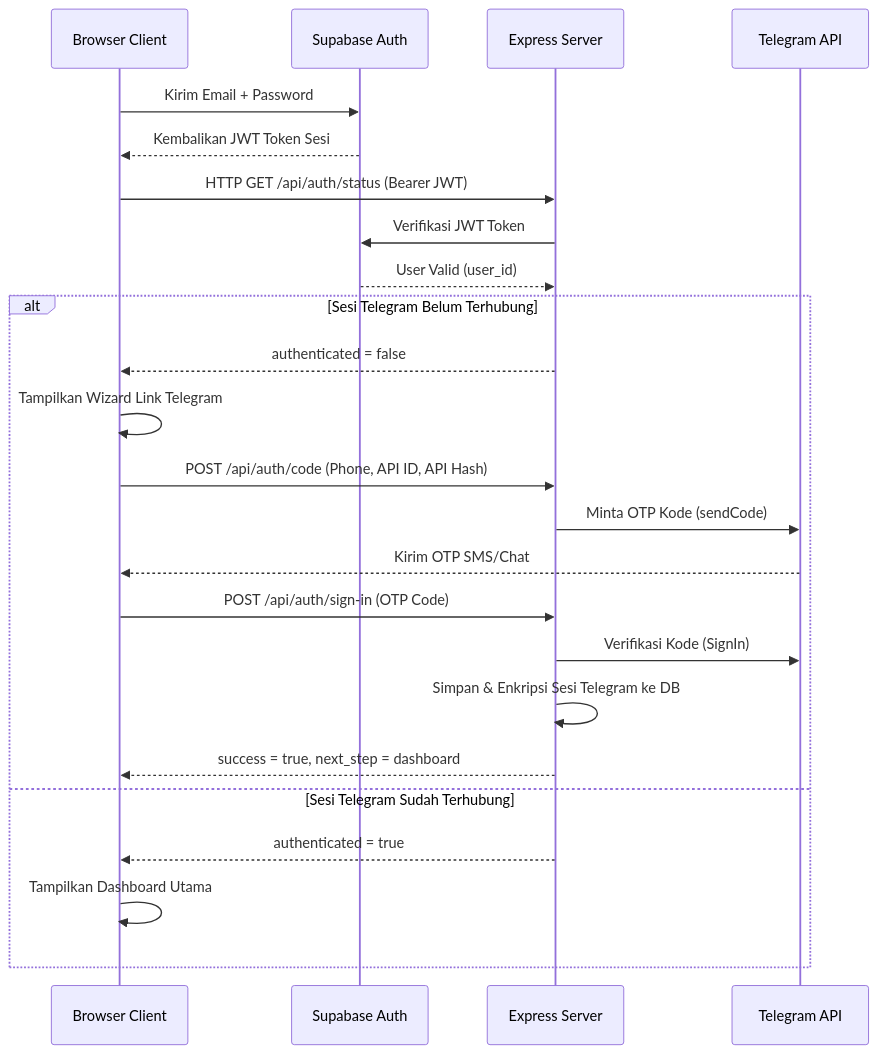
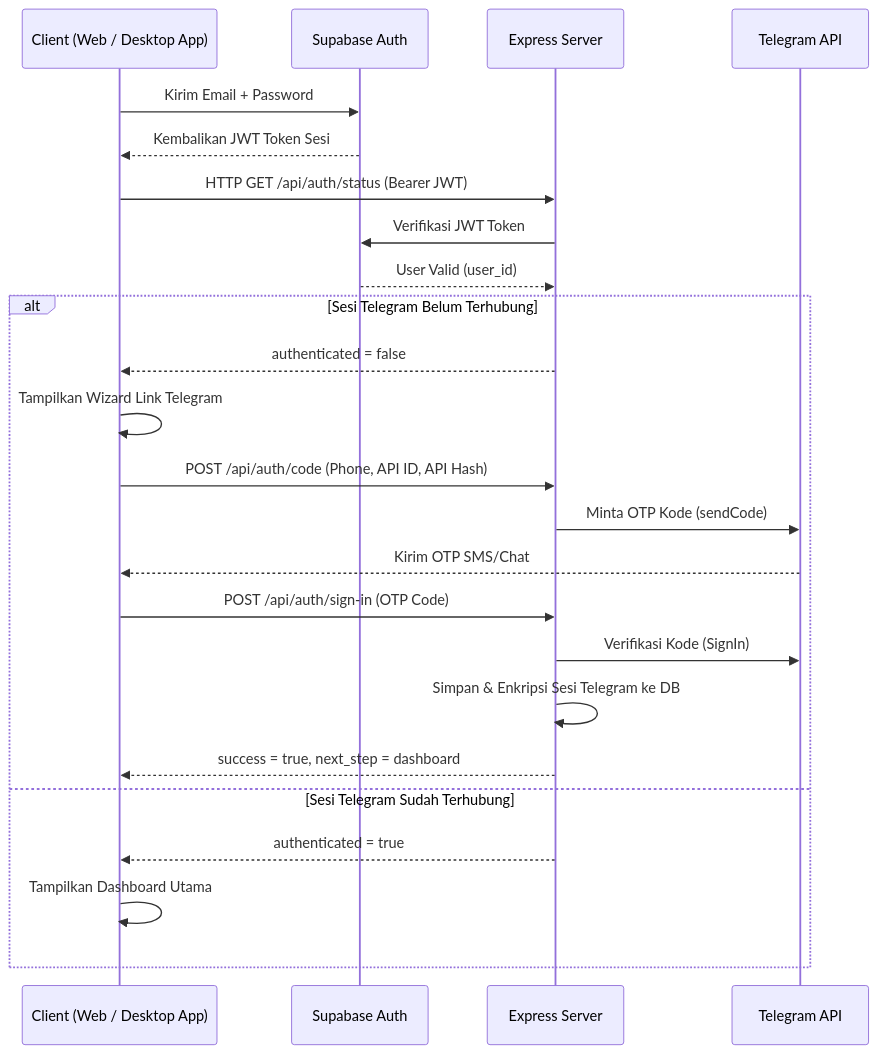
The diagram in docs/WORKFLOW.md (salsabilofficial/teledrive), drawn with Mermaid before and after one commit. The commit also changed other lines of this file and 14 other files, not shown here.

````diff
--- a/docs/WORKFLOW.md
+++ b/docs/WORKFLOW.md
@@ -15,31 +15,31 @@
 ```mermaid
 sequenceDiagram
-    participant Browser as Browser Client
+    participant Client as Client (Web / Desktop App)
     participant Supabase as Supabase Auth
     participant Server as Express Server
     participant Telegram as Telegram API
 
     %% Portal Login
-    Browser->>Supabase: Kirim Email + Password
-    Supabase-->>Browser: Kembalikan JWT Token Sesi
+    Client->>Supabase: Kirim Email + Password
+    Supabase-->>Client: Kembalikan JWT Token Sesi
     
     %% Status Check
-    Browser->>Server: HTTP GET /api/auth/status (Bearer JWT)
+    Client->>Server: HTTP GET /api/auth/status (Bearer JWT)
     Server->>Supabase: Verifikasi JWT Token
     Supabase-->>Server: User Valid (user_id)
     
     alt Sesi Telegram Belum Terhubung
-        Server-->>Browser: authenticated = false
-        Browser->>Browser: Tampilkan Wizard Link Telegram
-        Browser->>Server: POST /api/auth/code (Phone, API ID, API Hash)
+        Server-->>Client: authenticated = false
+        Client->>Client: Tampilkan Wizard Link Telegram
+        Client->>Server: POST /api/auth/code (Phone, API ID, API Hash)
         Server->>Telegram: Minta OTP Kode (sendCode)
-        Telegram-->>Browser: Kirim OTP SMS/Chat
-        Browser->>Server: POST /api/auth/sign-in (OTP Code)
+        Telegram-->>Client: Kirim OTP SMS/Chat
+        Client->>Server: POST /api/auth/sign-in (OTP Code)
         Server->>Telegram: Verifikasi Kode (SignIn)
         Server->>Server: Simpan & Enkripsi Sesi Telegram ke DB
-        Server-->>Browser: success = true, next_step = dashboard
+        Server-->>Client: success = true, next_step = dashboard
     else Sesi Telegram Sudah Terhubung
-        Server-->>Browser: authenticated = true
-        Browser->>Browser: Tampilkan Dashboard Utama
+        Server-->>Client: authenticated = true
+        Client->>Client: Tampilkan Dashboard Utama
     end
 ```
````
